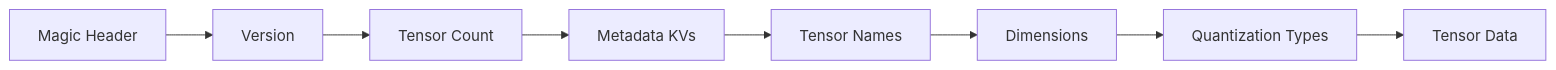
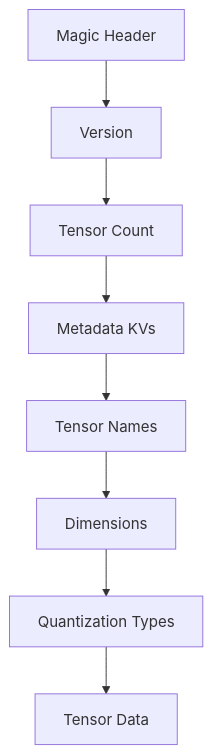
The second of 4 diagrams in README.md (oderoi/lm.c), drawn with Mermaid before and after one commit. The commit also changed other lines of this file and 3 other files, not shown here.

````diff
--- a/README.md
+++ b/README.md
@@ -80,10 +80,10 @@
 ```mermaid
-graph LR
+graph TD
     A[Magic Header] --> B[Version]
     B --> C[Tensor Count]
     C --> D[Metadata KVs]
     D --> E[Tensor Names]
     E --> F[Dimensions]
     F --> G[Quantization Types]
     G --> H[Tensor Data]
 ```
````
